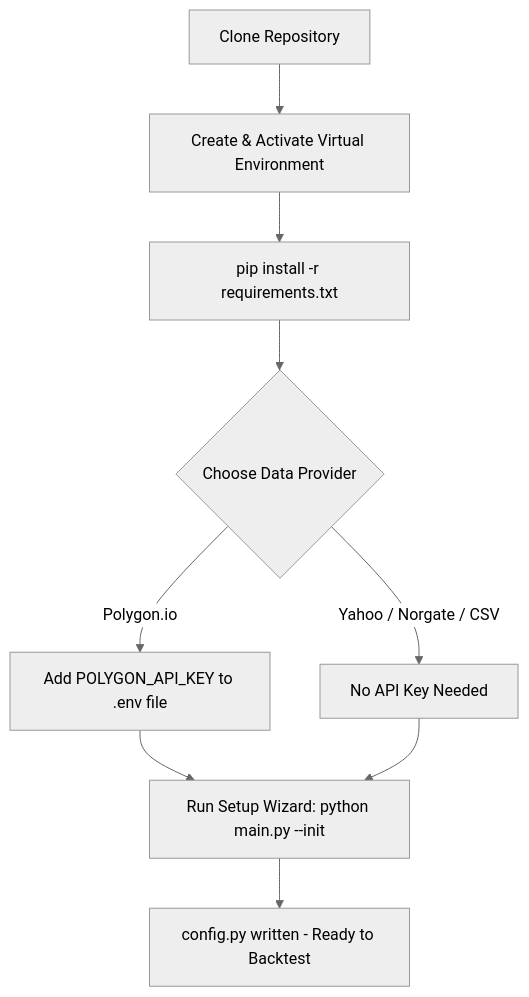
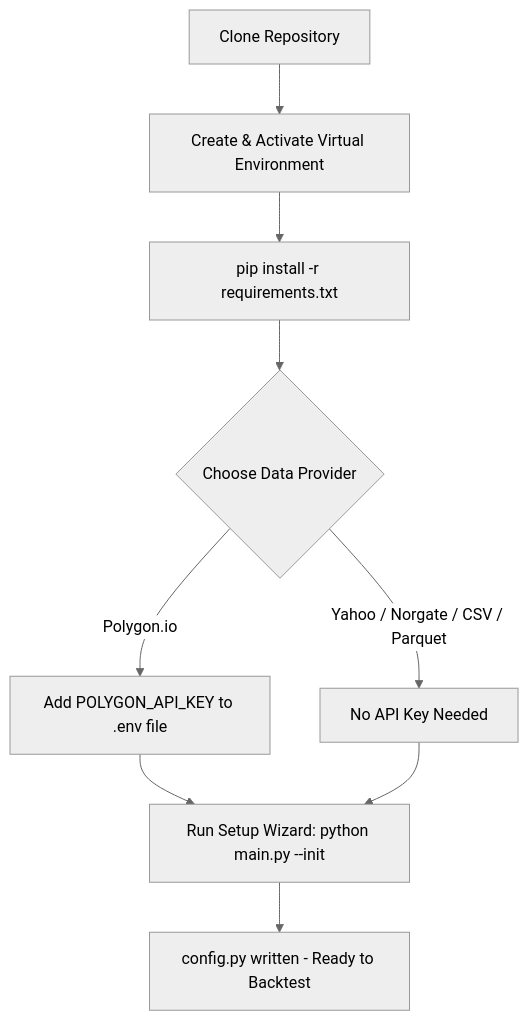
Before and after one commit to zachisit/july-backtester: the first of 4 diagrams in README.md, drawn with Mermaid. The commit also changed other lines of this file and 1 other file, not shown here.

Commit message:
docs: add Parquet data provider to README and flowcharts (#113) (#114)
- Update Quick Start and setup wizard flowcharts in README.md to include
  Parquet alongside Yahoo / Norgate / CSV
- Add dedicated Parquet Data Provider section to README_full.md with
  config snippet, export commands, submodule access instructions
- Fix "Four data providers" → "Five"; add parquet option to code block
- Fix Configuration Reference: data_provider now lists all five providers
- Fix Project Structure: add parquet_service.py to services/ block

````diff
--- a/README.md
+++ b/README.md
@@ -49,12 +49,12 @@
 ```mermaid
 %%{init: {'theme': 'neutral'}}%%
 graph TD
     A[Clone Repository] --> B[Create & Activate Virtual Environment]
     B --> C[pip install -r requirements.txt]
     C --> D{Choose Data Provider}
     D -->|Polygon.io| E[Add POLYGON_API_KEY to .env file]
-    D -->|Yahoo / Norgate / CSV| F[No API Key Needed]
+    D -->|Yahoo / Norgate / CSV / Parquet| F[No API Key Needed]
     E --> G[Run Setup Wizard: python main.py --init]
     F --> G
     G --> H[config.py written - Ready to Backtest]
 ```
````
